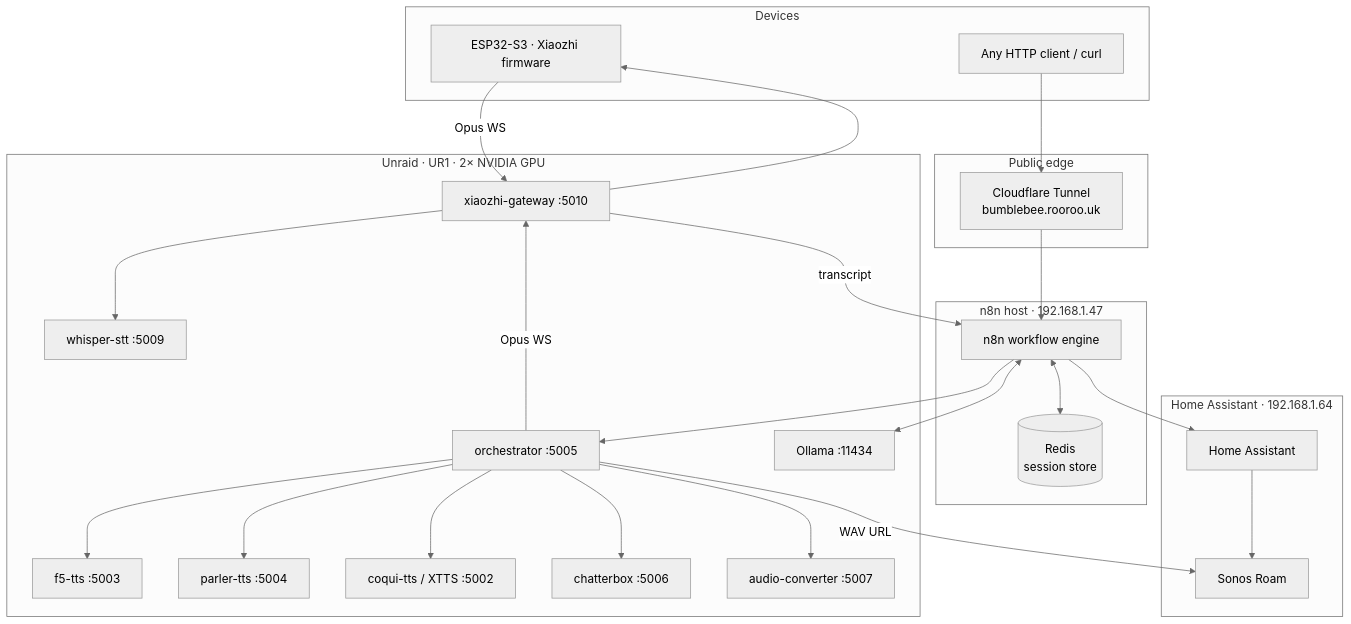
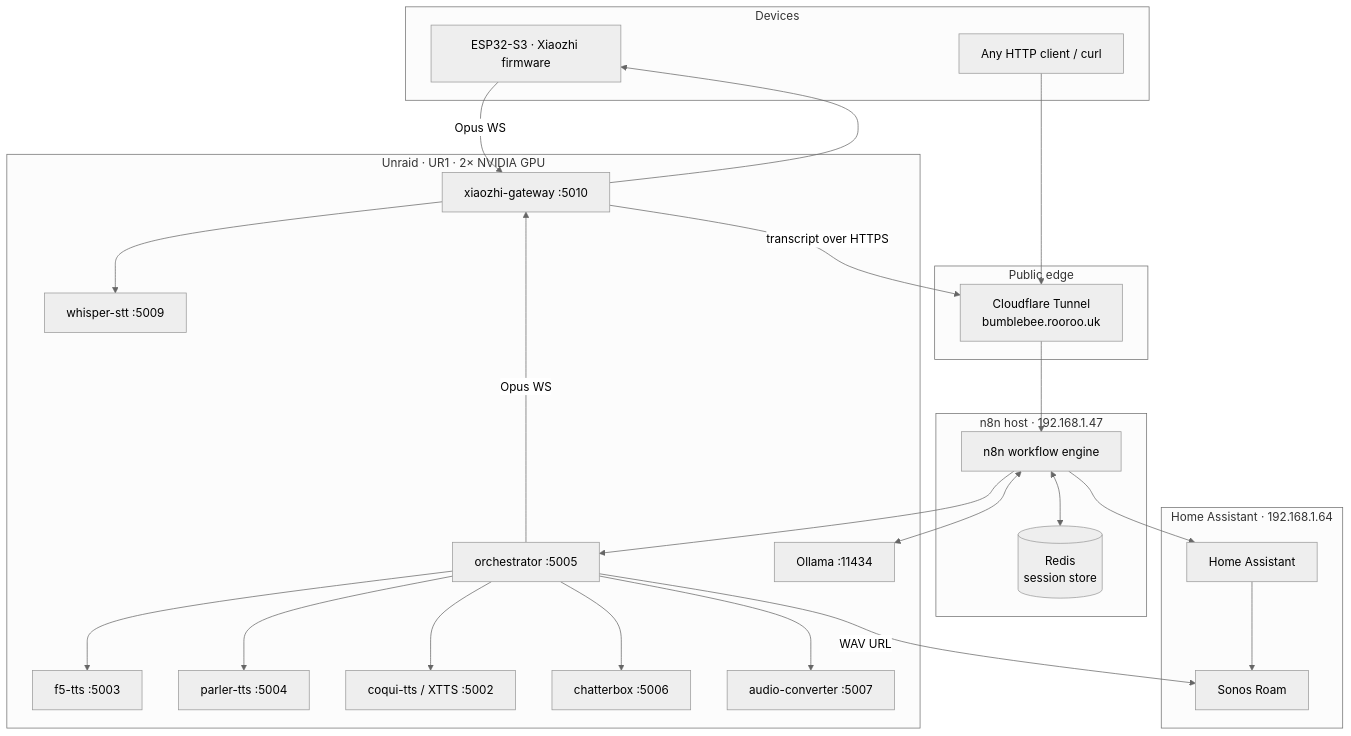
Before and after one commit to rhamblen/bumblebee-bot: the first of 3 diagrams in docs/Architecture-and-Workflow.md, drawn with Mermaid (neutral theme). The commit also changed other lines of this file and 8 other files, not shown here.

````diff
--- a/docs/Architecture-and-Workflow.md
+++ b/docs/Architecture-and-Workflow.md
@@ -9,44 +9,45 @@
 ```mermaid
 flowchart TB
     subgraph Devices
       ESP[ESP32-S3 · Xiaozhi firmware]
       CURL[Any HTTP client / curl]
     end
 
     subgraph Edge[Public edge]
       CF[Cloudflare Tunnel<br/>bumblebee.rooroo.uk]
     end
 
     subgraph N8NHOST[n8n host · 192.168.1.47]
       N8N[n8n workflow engine]
       REDIS[(Redis<br/>session store)]
     end
 
     subgraph UR1[Unraid · UR1 · 2× NVIDIA GPU]
       GW[xiaozhi-gateway :5010]
       WHISP[whisper-stt :5009]
       ORC[orchestrator :5005]
       F5[f5-tts :5003]
       PAR[parler-tts :5004]
       XT[coqui-tts / XTTS :5002]
       CB[chatterbox :5006]
       CONV[audio-converter :5007]
       OLL[Ollama :11434]
     end
 
     subgraph HAHOST[Home Assistant · 192.168.1.64]
       HA[Home Assistant] --> SONOS[Sonos Roam]
     end
 
     ESP -->|Opus WS| GW --> WHISP
-    GW -->|transcript| N8N
-    CURL --> CF --> N8N
+    GW -->|transcript over HTTPS| CF
+    CURL --> CF
+    CF --> N8N
     N8N <--> REDIS
     N8N <--> OLL
     N8N --> ORC
     ORC --> F5 & PAR & XT & CB
     ORC --> CONV
     N8N --> HA
     ORC -->|WAV URL| SONOS
     ORC -->|Opus WS| GW --> ESP
 ```
````
